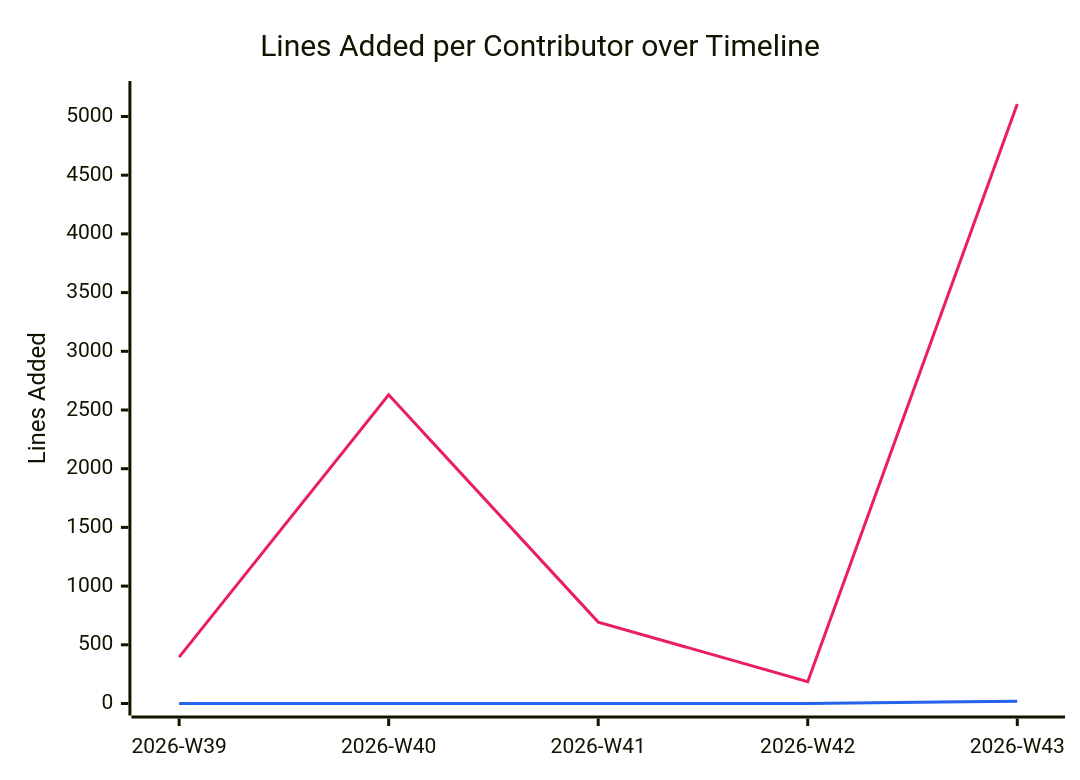
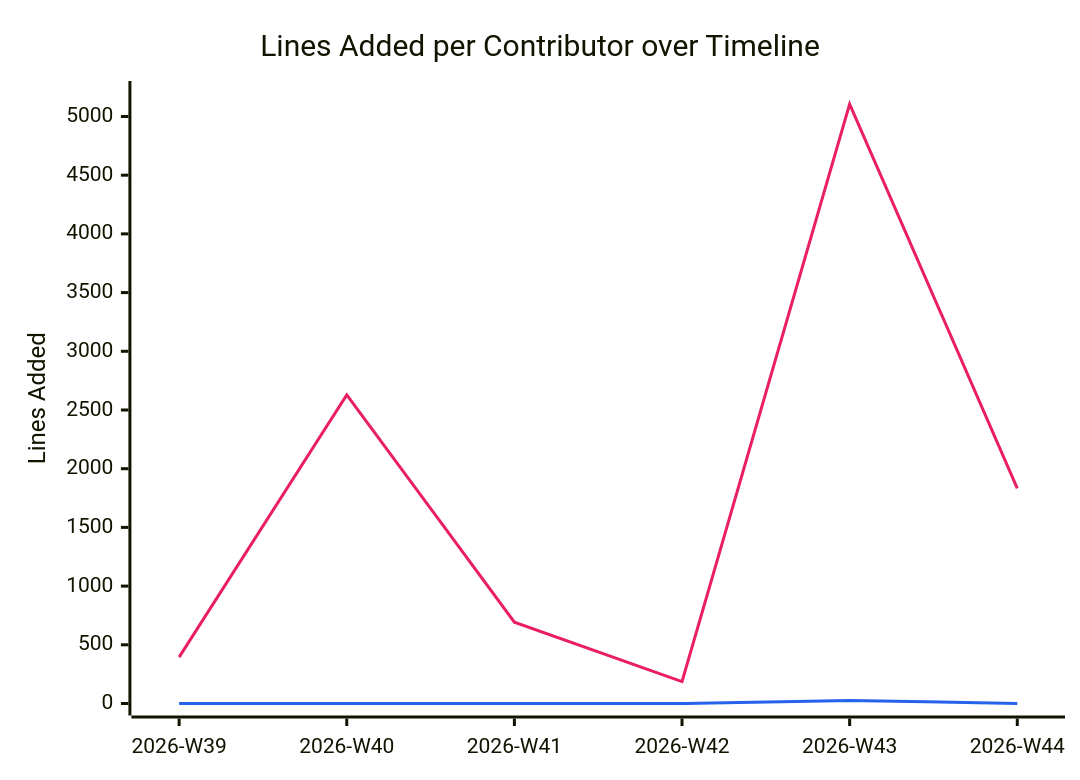
The diagram in documentation/snippets/management/code-additions.mmd (BeyondMagic/wisp), drawn with Mermaid before and after one commit. The commit also changed 2 other files, not shown here.

```diff
--- a/documentation/snippets/management/code-additions.mmd
+++ b/documentation/snippets/management/code-additions.mmd
@@ -1,7 +1,7 @@
 %%{init: {"themeVariables": {"xyChart": {"plotColorPalette": "#e91e63, #2563eb"}}}}%%
 xychart-beta
     title "Lines Added per Contributor over Timeline"
-    x-axis ["2026-W39", "2026-W40", "2026-W41", "2026-W42", "2026-W43"]
+    x-axis ["2026-W39", "2026-W40", "2026-W41", "2026-W42", "2026-W43", "2026-W44"]
     y-axis "Lines Added" 0 --> 5200
-    line [395, 2629, 693, 186, 5106]
-    line [0, 0, 0, 0, 19]
+    line [395, 2629, 693, 186, 5106, 1833]
+    line [0, 0, 0, 0, 26, 0]
```
